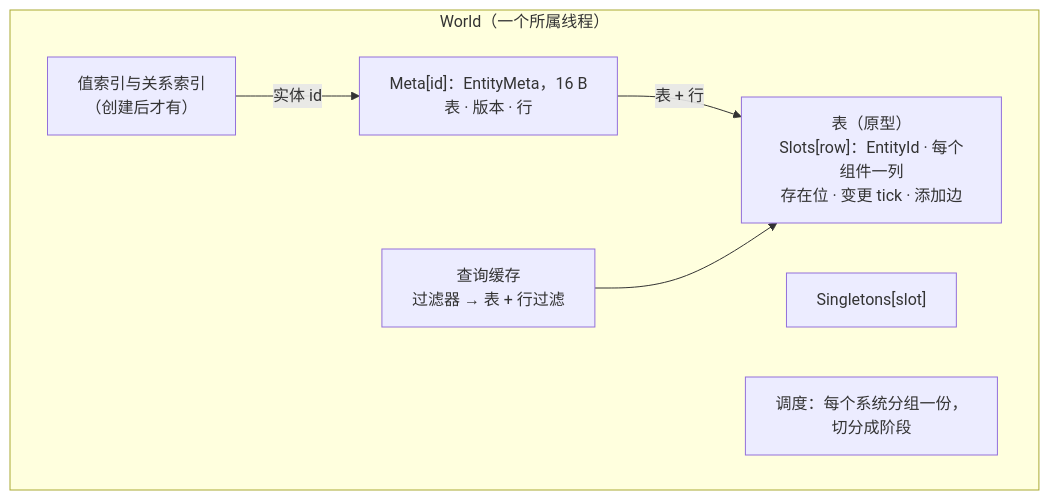
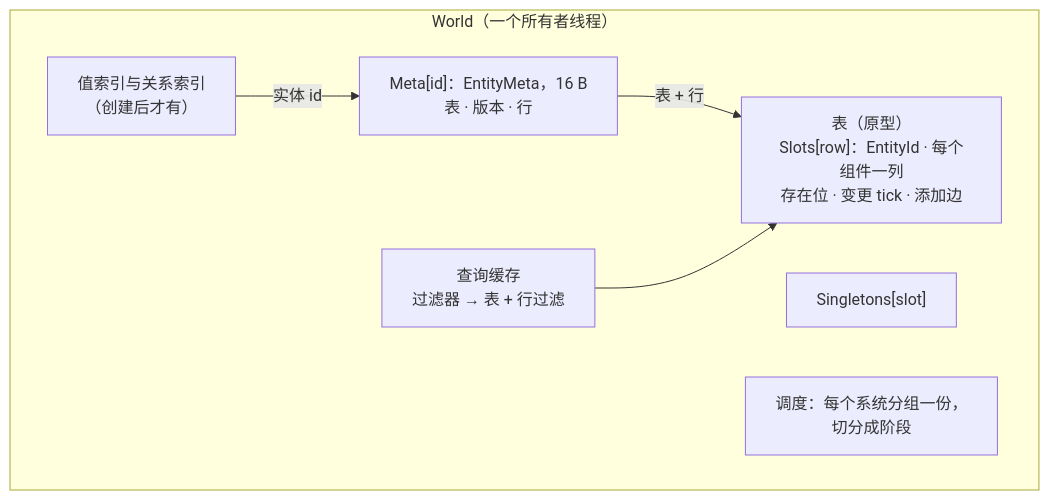
One commit to JasonXuDeveloper/EasyEcs changed the first of 6 diagrams in docs/content/architecture.zh.mdx. Above: the diagram before and after it, drawn with Mermaid. The commit also changed other lines of this file and 19 other files, not shown here.

````diff
--- a/docs/content/architecture.zh.mdx
+++ b/docs/content/architecture.zh.mdx
@@ -20,14 +20,14 @@
 ```mermaid
 flowchart TB
-    subgraph W["World（一个所属线程）"]
+    subgraph W["World（一个所有者线程）"]
         Meta["Meta[id]：EntityMeta，16 B<br/>表 · 版本 · 行"]
         T["表（原型）<br/>Slots[row]：EntityId · 每个组件一列<br/>存在位 · 变更 tick · 添加边"]
         QC["查询缓存<br/>过滤器 → 表 + 行过滤"]
         S["Singletons[slot]"]
         Sys["调度：每个系统分组一份，<br/>切分成阶段"]
         Idx["值索引与关系索引<br/>（创建后才有）"]
     end
     Meta -->|表 + 行| T
     QC --> T
     Idx -->|实体 id| Meta
 ```
````
